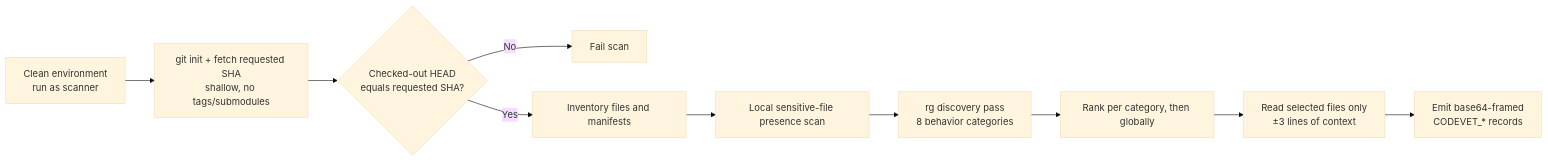
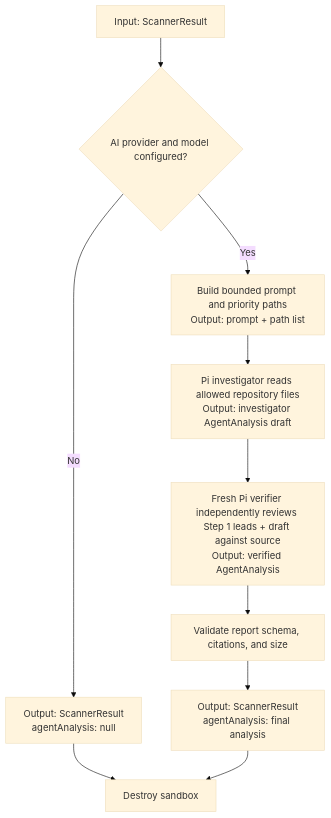
Before and after one commit to Tarun-Elango/codevet-worker: the second of 2 diagrams in flow.md, drawn with Mermaid (base theme). The commit also changed other lines of this file and 4 other files, not shown here.

````diff
--- a/flow.md
+++ b/flow.md
@@ -34,12 +57,12 @@
 ```mermaid
-flowchart LR
-  I["Clean environment\nrun as scanner"] --> C["git init + fetch requested SHA\nshallow, no tags/submodules"]
-  C --> Q{"Checked-out HEAD\nequals requested SHA?"}
-  Q -- No --> F["Fail scan"]
-  Q -- Yes --> INV["Inventory files and manifests"]
-  INV --> SEC["Local sensitive-file presence scan"]
-  SEC --> RG1["rg discovery pass\n8 behavior categories"]
-  RG1 --> RANK["Rank per category, then globally"]
-  RANK --> CTX["Read selected files only\n±3 lines of context"]
-  CTX --> OUT["Emit base64-framed\nCODEVET_* records"]
+flowchart TD
+  R["Input: ScannerResult"] --> Q{"AI provider and model configured?"}
+  Q -- No --> N["Output: ScannerResult\nagentAnalysis: null"]
+  Q -- Yes --> B["Build bounded prompt and priority paths\nOutput: prompt + path list"]
+  B --> I["Pi investigator reads allowed repository files\nOutput: investigator AgentAnalysis draft"]
+  I --> V["Fresh Pi verifier independently reviews Step 1 leads + draft against source\nOutput: verified AgentAnalysis"]
+  V --> X["Validate report schema, citations, and size"]
+  X --> F["Output: ScannerResult\nagentAnalysis: final analysis"]
+  N --> D["Destroy sandbox"]
+  F --> D
 ```
````
